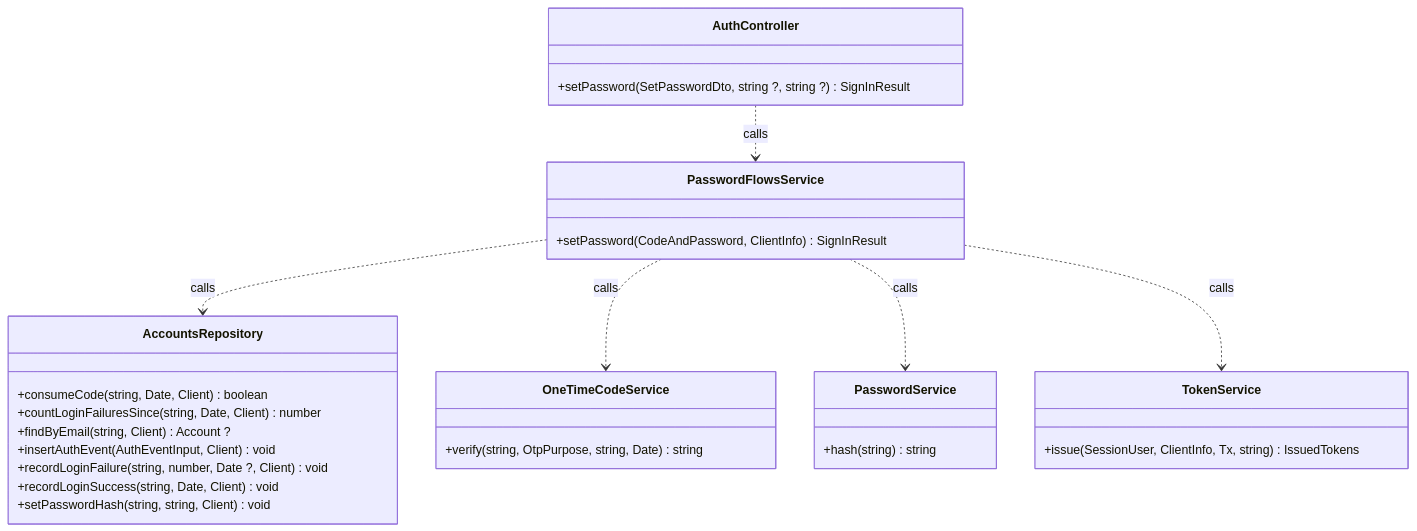
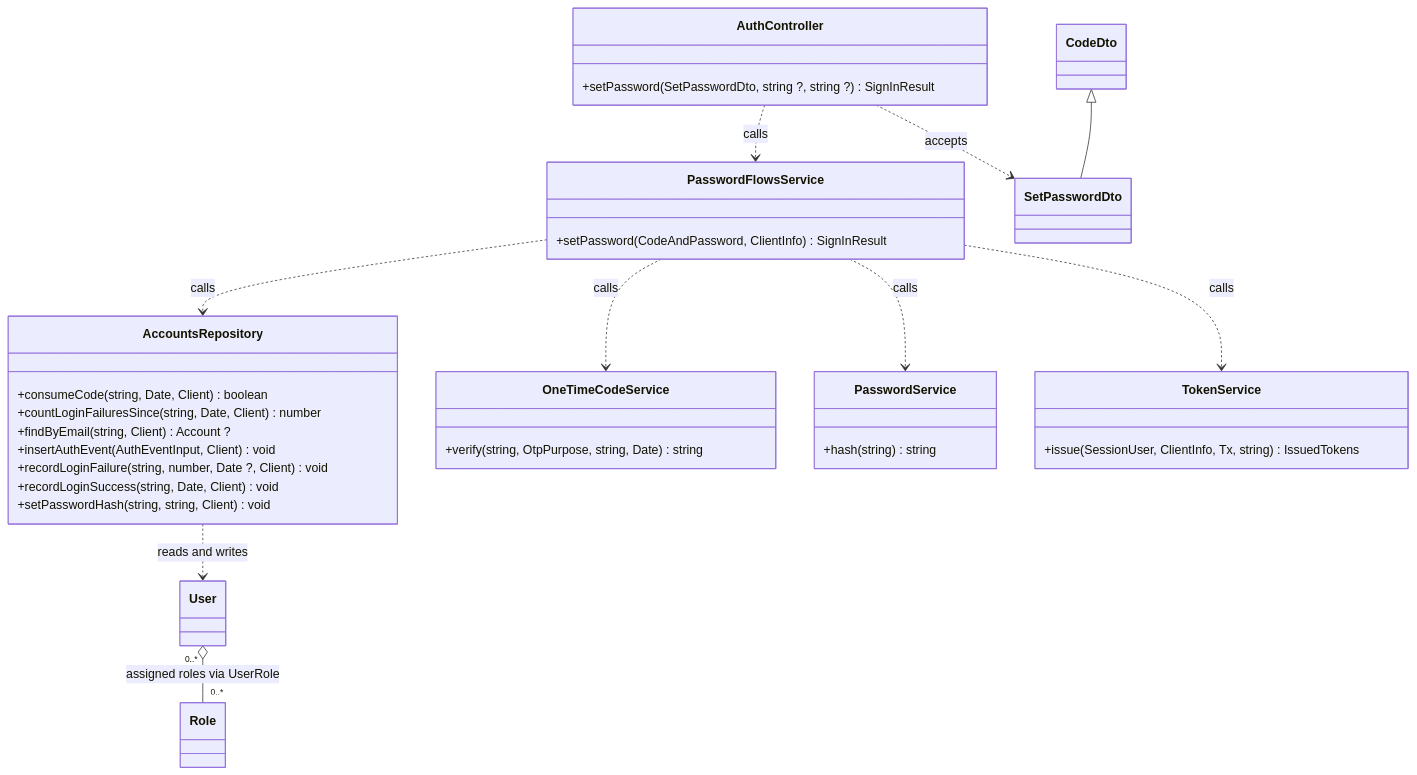
Before and after one commit to TrekLink-Team/treklink-web: the seventh of 14 diagrams in specs/auth/design.md, drawn with Mermaid. The commit also changed other lines of this file and 7 other files, not shown here.

First line of the commit message:
docs: add code-backed UML class relations and split views

````diff
--- a/specs/auth/design.md
+++ b/specs/auth/design.md
@@ -351,33 +403,46 @@
 ```mermaid
 classDiagram
     direction TB
     class AuthController {
         +setPassword(SetPasswordDto, string ?, string ?) SignInResult
     }
     class PasswordFlowsService {
         +setPassword(CodeAndPassword, ClientInfo) SignInResult
     }
     class OneTimeCodeService {
         +verify(string, OtpPurpose, string, Date) string
     }
     class PasswordService {
         +hash(string) string
     }
     class TokenService {
         +issue(SessionUser, ClientInfo, Tx, string) IssuedTokens
     }
     class AccountsRepository {
         +consumeCode(string, Date, Client) boolean
         +countLoginFailuresSince(string, Date, Client) number
         +findByEmail(string, Client) Account ?
         +insertAuthEvent(AuthEventInput, Client) void
         +recordLoginFailure(string, number, Date ?, Client) void
         +recordLoginSuccess(string, Date, Client) void
         +setPasswordHash(string, string, Client) void
     }
     AuthController ..> PasswordFlowsService : calls
     PasswordFlowsService ..> AccountsRepository : calls
     PasswordFlowsService ..> OneTimeCodeService : calls
     PasswordFlowsService ..> PasswordService : calls
     PasswordFlowsService ..> TokenService : calls
+
+    class User
+    class Role
+    class CodeDto
+    class SetPasswordDto
+    %% backend/prisma/schema.prisma:273-285; role grants refer to reusable Role rows, not owned role lifetimes.
+    User "0..*" o-- "0..*" Role : assigned roles via UserRole
+    %% backend/src/modules/auth/accounts.repository.ts:64-79; account rows are Prisma User projections.
+    AccountsRepository ..> User : reads and writes
+    %% backend/src/modules/auth/dto/auth.dto.ts:62; extends CodeDto.
+    CodeDto <|-- SetPasswordDto
+    %% backend/src/modules/auth/auth.controller.ts:96-117; typed request parameter in the operation above.
+    AuthController ..> SetPasswordDto : accepts
 ```
````
